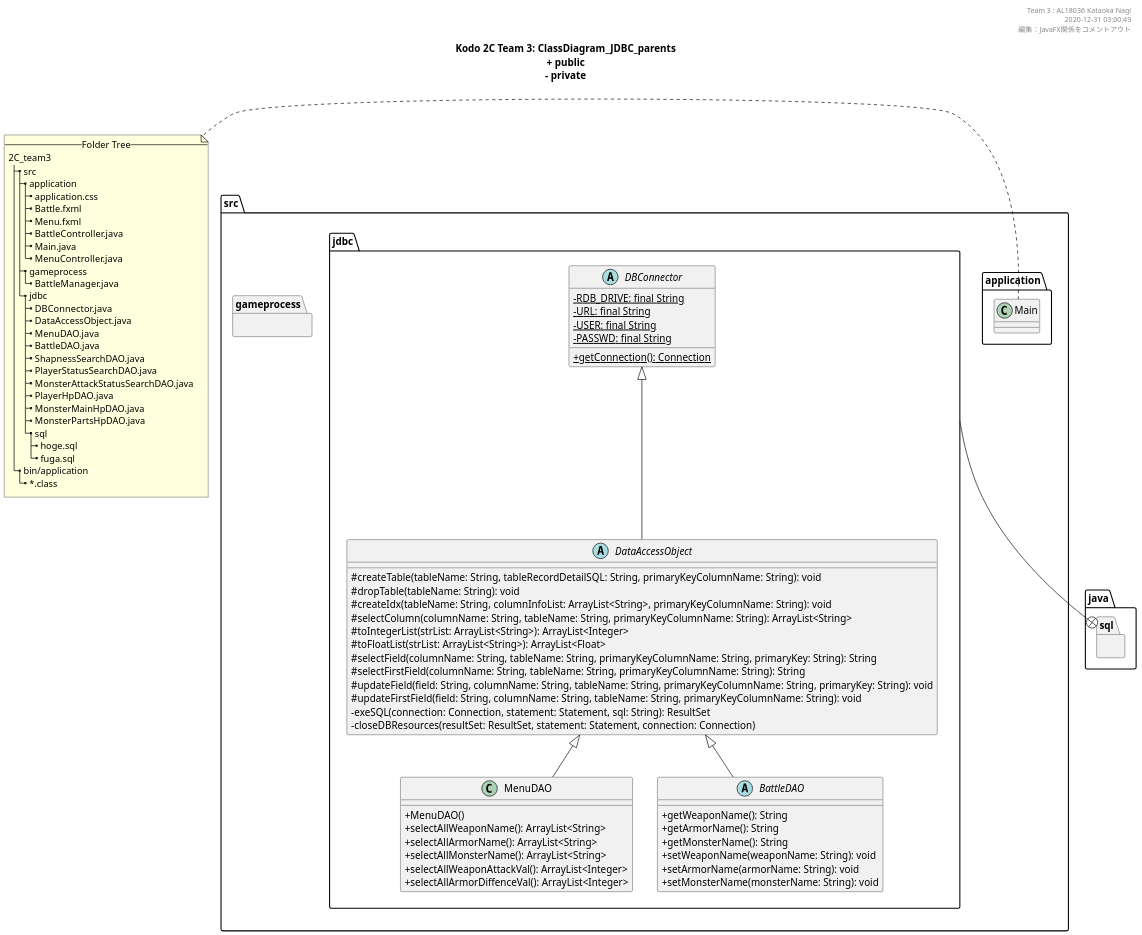
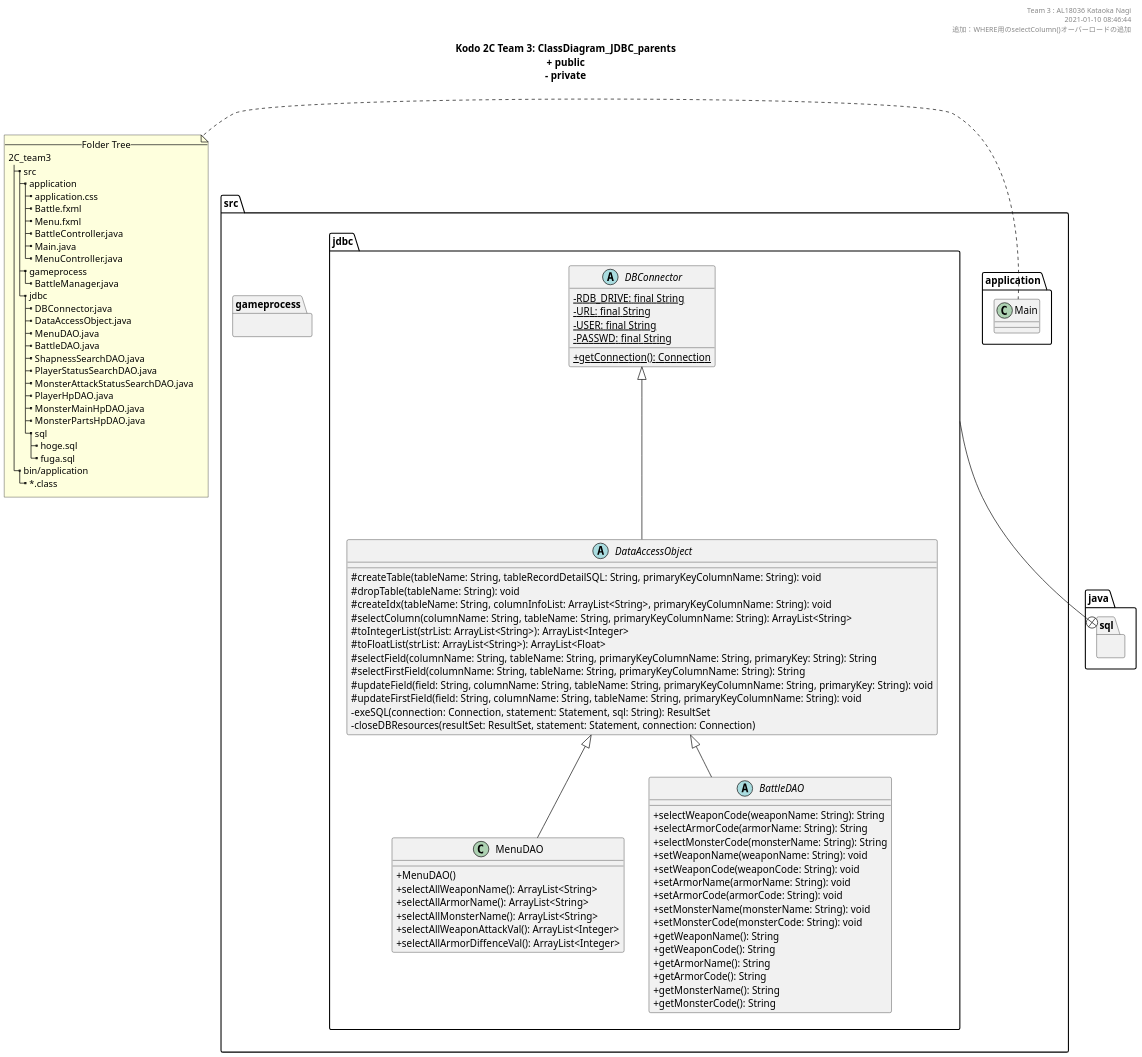
Before and after one commit to KataokaNagi/2C_team3: the diagram in uml/ClassDiagram_JDBC_parents.pu, drawn with PlantUML. The commit also changed other lines of this file and 5 other files, not shown here.

```diff
--- a/uml/ClassDiagram_JDBC_parents.pu
+++ b/uml/ClassDiagram_JDBC_parents.pu
@@ -14,163 +16,172 @@
 @startuml ./out/ClassDiagram_JDBC_parents.png
 scale 1.5
 skinparam DefaultFontName メイリオ
 ' 可視性の変更
 skinparam classAttributeIconSize 0
 
 ''''''''''''''''''''''''''''''''''''''''''''''''''
 
 header 
 Team 3 : AL18036 Kataoka Nagi
-2020-12-31 03:00:49
-編集：JavaFX関係をコメントアウト
+2021-01-10 08:46:44
+追加：WHERE用のselectColumn()オーバーロードの追加
 end header
 
 ''''''''''''''''''''''''''''''''''''''''''''''''''
 
 title
 **Kodo 2C Team 3: ClassDiagram_JDBC_parents**
 + public
 ~- private
 end title
 ' __static__
 
 ''''''''''''''''''''''''''''''''''''''''''''''''''''''''''''''''''''''''''''''''
 
 package src {
   package src.application {
     class Main
   }
   package src.gameprocess {
   }
   package src.jdbc {
   }
 }
 
 ''''''''''''''''''''''''''''''''''''''''''''''''''''''''''''''''''''''''''''''''
 
 note left
   --Folder Tree--
   2C_team3
   |_ src
     |_ application
       |_ application.css
       |_ Battle.fxml
       |_ Menu.fxml
       |_ BattleController.java
       |_ Main.java
       |_ MenuController.java
     |_ gameprocess
       |_ BattleManager.java
     |_ jdbc
       |_ DBConnector.java
       |_ DataAccessObject.java
       |_ MenuDAO.java
       |_ BattleDAO.java
       |_ ShapnessSearchDAO.java
       |_ PlayerStatusSearchDAO.java
       |_ MonsterAttackStatusSearchDAO.java
       |_ PlayerHpDAO.java
       |_ MonsterMainHpDAO.java
       |_ MonsterPartsHpDAO.java
       |_ sql
         |_ hoge.sql
         |_ fuga.sql
   |_ bin/application
     |_ ~*.class
 end note
 
 ''''''''''''''''''''''''''''''''''''''''''''''''''''''''''''''''''''''''''''''''
 
 package java.sql {
 }
 
 ' package javafx {
 '   class Application
 '   Interface Initializable
 ' }
 
 src.jdbc --+ java.sql
 ' src.application --+ javafx
 
 ''''''''''''''''''''''''''''''''''''''''''''''''''
 
 ' @note クラスの命名規則
 ' @see  https://qiita.com/KeithYokoma/items/ee21fec6a3ebb5d1e9a8
 
 package src.application {
 }
 
 ' 記事のクラス
   ' class ApplicationController extends Initializable {
   '   - dropDown: ChoiceBox<String>
   '   - textBox: TextField
   '   - button: Button
 
   '   + initialize(location: URL, resources: ResourceBundle): void
   '   + onClick(event: ActionEvent): void
   '   + getToolType(): ChoiceBox<String>
   '   + setToolType(toolType: ChoiceBox<String>): void
   '   + getInputFile(): TextField
   '   + setInputFile(textBox: TextField): void
   '   + getReference(): Button
   '   + setReference(button: Button): void
   ' }
 
 
 ''''''''''''''''''''''''''''''''''''''''''''''''''
 
 package src.gameprocess {
 }
 
 ''''''''''''''''''''''''''''''''''''''''''''''''''
 
 package src.jdbc {
   ' @note DAO pattern
   ' @see https://kanda-it-school-kensyu.com/java-jdbc-contents/jj_ch04/jj_0401/
 
   abstract class DBConnector {
     - {static} RDB_DRIVE: final String
     - {static} URL: final String
     - {static} USER: final String
     - {static} PASSWD: final String
 
     + {static} getConnection(): Connection
   }
 
   abstract class DataAccessObject extends DBConnector {
     # createTable(tableName: String, tableRecordDetailSQL: String, primaryKeyColumnName: String): void
     # dropTable(tableName: String): void
     # createIdx(tableName: String, columnInfoList: ArrayList<String>, primaryKeyColumnName: String): void
     # selectColumn(columnName: String, tableName: String, primaryKeyColumnName: String): ArrayList<String>
     # toIntegerList(strList: ArrayList<String>): ArrayList<Integer>
     # toFloatList(strList: ArrayList<String>): ArrayList<Float>
     # selectField(columnName: String, tableName: String, primaryKeyColumnName: String, primaryKey: String): String
     # selectFirstField(columnName: String, tableName: String, primaryKeyColumnName: String): String
     # updateField(field: String, columnName: String, tableName: String, primaryKeyColumnName: String, primaryKey: String): void
     # updateFirstField(field: String, columnName: String, tableName: String, primaryKeyColumnName: String): void
     - exeSQL(connection: Connection, statement: Statement, sql: String): ResultSet
     - closeDBResources(resultSet: ResultSet, statement: Statement, connection: Connection)
   }
 
   class MenuDAO extends DataAccessObject {
     + MenuDAO()
     + selectAllWeaponName(): ArrayList<String>
     + selectAllArmorName(): ArrayList<String>
     + selectAllMonsterName(): ArrayList<String>
     + selectAllWeaponAttackVal(): ArrayList<Integer>
     + selectAllArmorDiffenceVal(): ArrayList<Integer>
   }
 
   abstract class BattleDAO extends DataAccessObject {
+  + selectWeaponCode(weaponName: String): String
+  + selectArmorCode(armorName: String): String
+  + selectMonsterCode(monsterName: String): String
+  + setWeaponName(weaponName: String): void
+  + setWeaponCode(weaponCode: String): void
+  + setArmorName(armorName: String): void
+  + setArmorCode(armorCode: String): void
+  + setMonsterName(monsterName: String): void
+  + setMonsterCode(monsterCode: String): void
   + getWeaponName(): String
+  + getWeaponCode(): String
   + getArmorName(): String
+  + getArmorCode(): String
   + getMonsterName(): String
-  + setWeaponName(weaponName: String): void
-  + setArmorName(armorName: String): void
-  + setMonsterName(monsterName: String): void
+  + getMonsterCode(): String
   }
 }
 
 ''''''''''''''''''''''''''''''''''''''''''''''''''''''''''''''''''''''''''''''''
 
 @enduml
```
